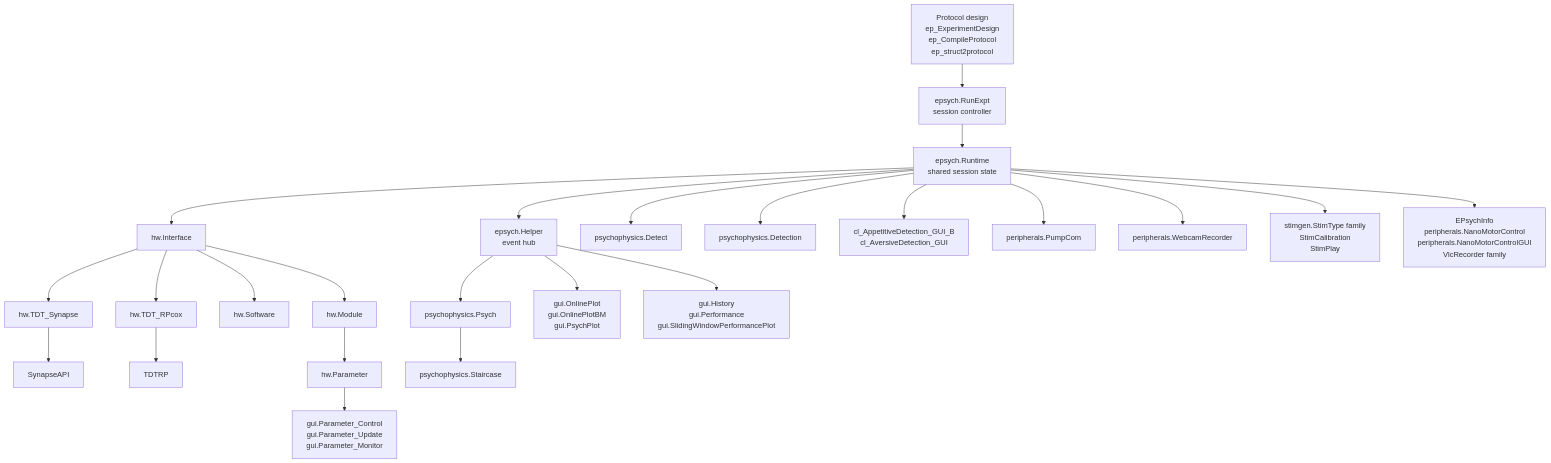
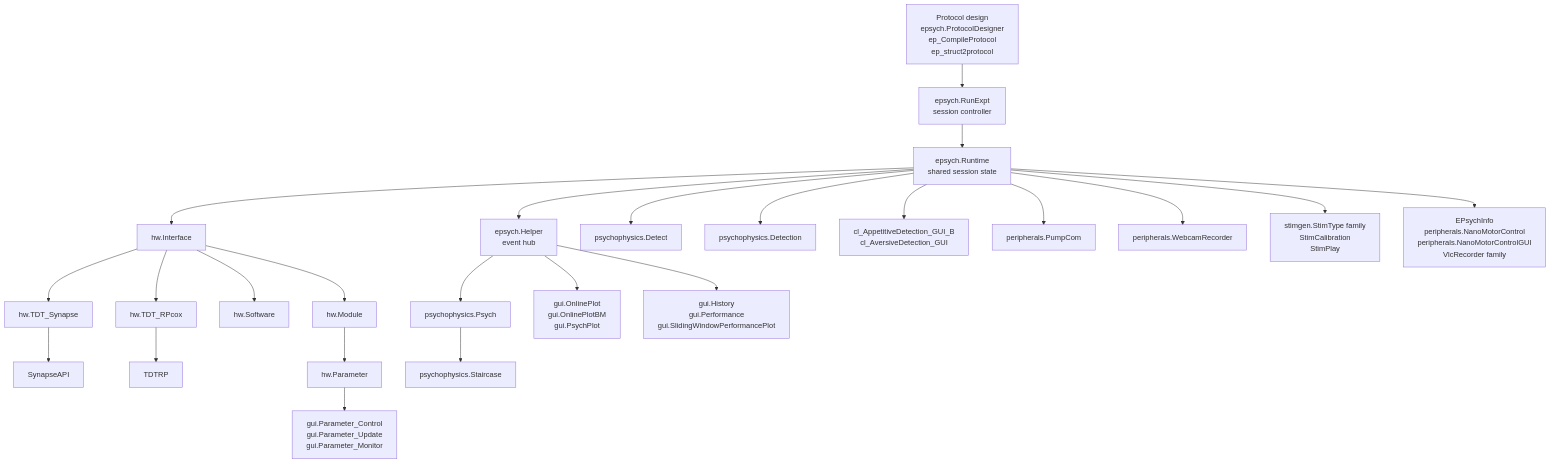
Before and after one commit to dstolz/epsych2: the diagram in documentation/overviews/Class_Map.md, drawn with Mermaid. The commit also changed other lines of this file and 58 other files, not shown here.

````diff
--- a/documentation/overviews/Class_Map.md
+++ b/documentation/overviews/Class_Map.md
@@ -119,26 +119,26 @@
 ```mermaid
 flowchart TD
-    A[Protocol design<br/>ep_ExperimentDesign<br/>ep_CompileProtocol<br/>ep_struct2protocol] --> B[epsych.RunExpt<br/>session controller]
+   A[Protocol design<br/>epsych.ProtocolDesigner<br/>ep_CompileProtocol<br/>ep_struct2protocol] --> B[epsych.RunExpt<br/>session controller]
     B --> C[epsych.Runtime<br/>shared session state]
     C --> D[epsych.Helper<br/>event hub]
     C --> E[hw.Interface]
     E --> E1[hw.TDT_Synapse]
     E --> E2[hw.TDT_RPcox]
     E --> E3[hw.Software]
     E1 --> F1[SynapseAPI]
     E2 --> F2[TDTRP]
     E --> G[hw.Module]
     G --> H[hw.Parameter]
     D --> I[psychophysics.Psych]
     I --> I1[psychophysics.Staircase]
     C --> I2[psychophysics.Detect]
     C --> I3[psychophysics.Detection]
     H --> J[gui.Parameter_Control<br/>gui.Parameter_Update<br/>gui.Parameter_Monitor]
     D --> K[gui.OnlinePlot<br/>gui.OnlinePlotBM<br/>gui.PsychPlot]
     D --> L[gui.History<br/>gui.Performance<br/>gui.SlidingWindowPerformancePlot]
     C --> M[cl_AppetitiveDetection_GUI_B<br/>cl_AversiveDetection_GUI]
    C --> N[peripherals.PumpCom]
     C --> O[peripherals.WebcamRecorder]
     C --> P[stimgen.StimType family<br/>StimCalibration<br/>StimPlay]
    C --> Q[EPsychInfo<br/>peripherals.NanoMotorControl<br/>peripherals.NanoMotorControlGUI<br/>VlcRecorder family]
 ```
````
